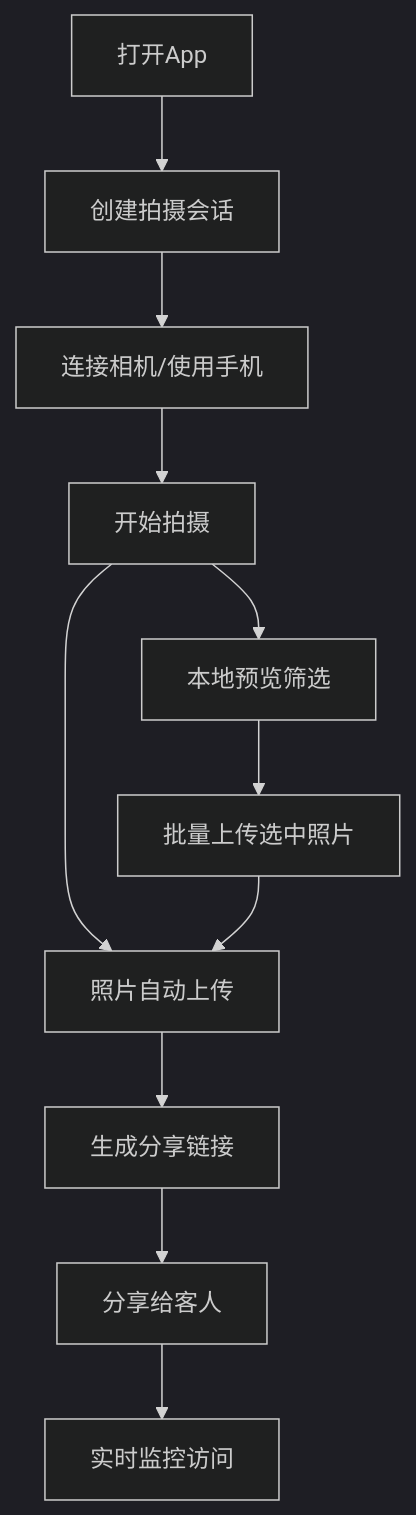
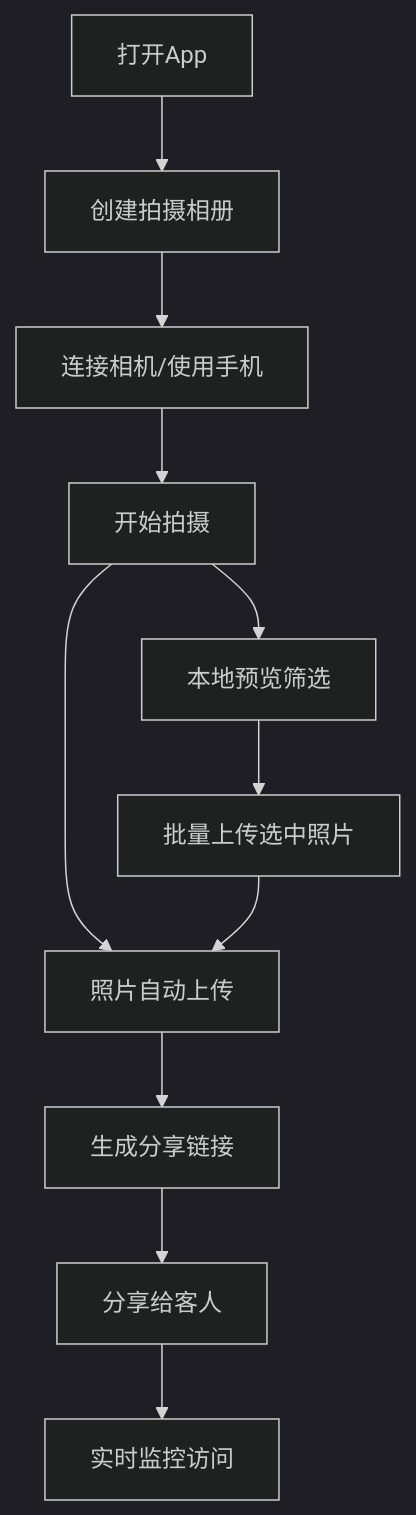
Before and after one commit to JunyuZhan/picture-live: the first of 2 diagrams in 开发方案.md, drawn with Mermaid (dark theme). The commit also changed other lines of this file and 93 other files, not shown here.

````diff
--- a/开发方案.md
+++ b/开发方案.md
@@ -43,14 +43,14 @@
 ```mermaid
 flowchart TD
-    A[打开App] --> B[创建拍摄会话]
+    A[打开App] --> B[创建拍摄相册]
     B --> C[连接相机/使用手机]
     C --> D[开始拍摄]
     D --> E[照片自动上传]
     E --> F[生成分享链接]
     F --> G[分享给客人]
     G --> H[实时监控访问]
 
     D --> I[本地预览筛选]
     I --> J[批量上传选中照片]
     J --> E
 ```
````
